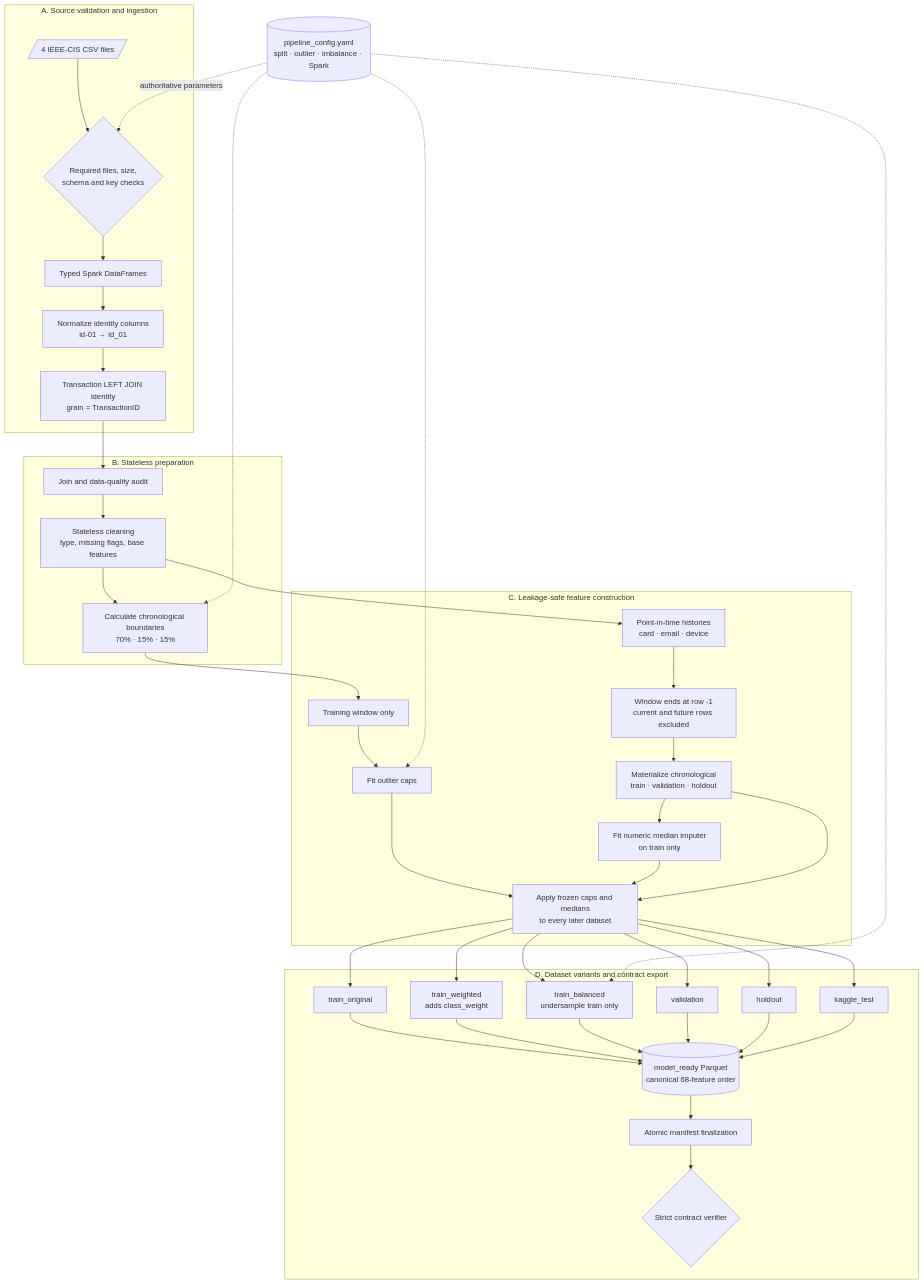
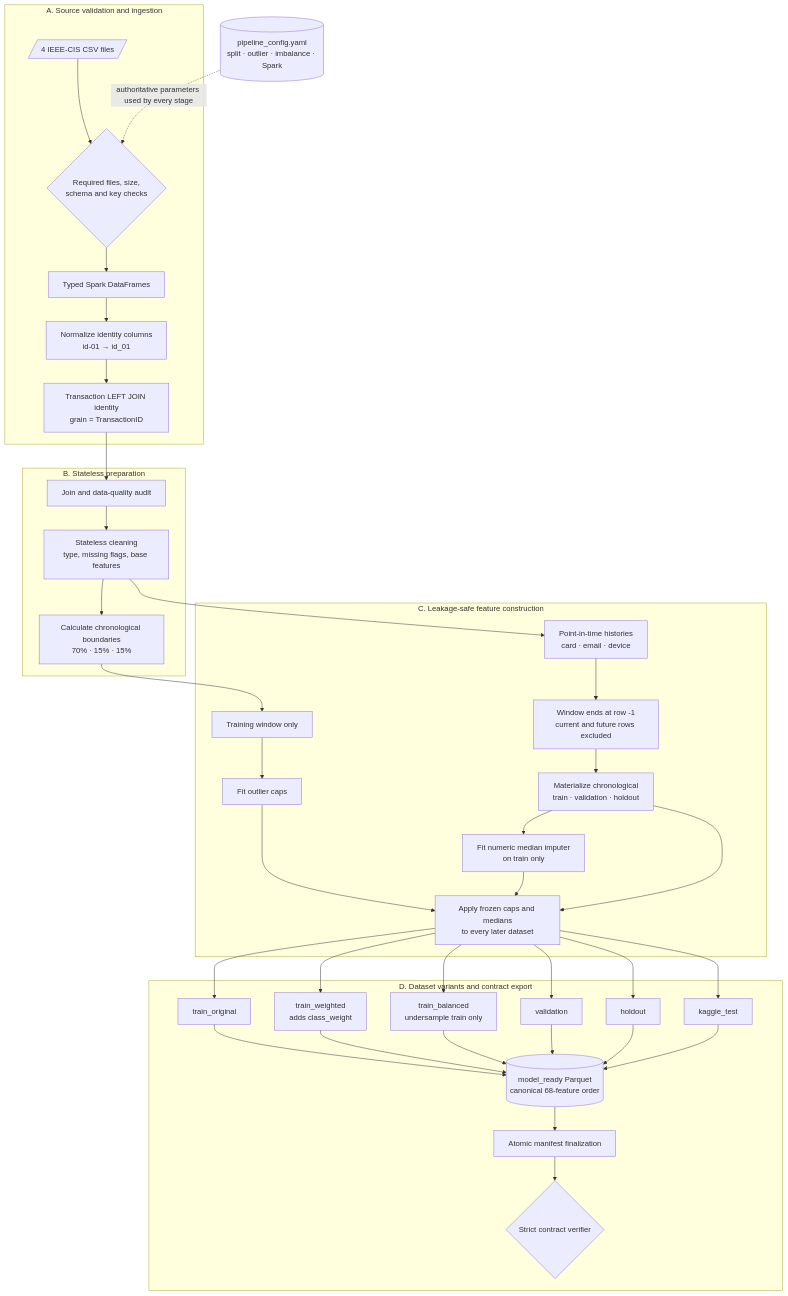
Before and after one commit to RocketUp-Team/Fraud-Detection-Score-Risk: the second of 8 diagrams in docs/ARCHITECTURE_DIAGRAMS.md, drawn with Mermaid. The commit also changed 2 other files, not shown here.

Commit message:
Implement refactoring of core modules for improved performance and maintainability

````diff
--- a/docs/ARCHITECTURE_DIAGRAMS.md
+++ b/docs/ARCHITECTURE_DIAGRAMS.md
@@ -78,66 +78,63 @@
 ```mermaid
 flowchart TB
     CONFIG[("pipeline_config.yaml<br/>split · outlier · imbalance · Spark")]
 
     subgraph INGEST["A. Source validation and ingestion"]
         FILES[/"4 IEEE-CIS CSV files"/]
         SOURCE_GATE{"Required files, size,<br/>schema and key checks"}
         TYPED["Typed Spark DataFrames"]
         NORMALIZE["Normalize identity columns<br/>id-01 → id_01"]
         JOIN["Transaction LEFT JOIN identity<br/>grain = TransactionID"]
 
         FILES --> SOURCE_GATE --> TYPED --> NORMALIZE --> JOIN
     end
 
     subgraph PREP["B. Stateless preparation"]
         AUDIT["Join and data-quality audit"]
         CLEAN["Stateless cleaning<br/>type, missing flags, base features"]
         BOUNDARY["Calculate chronological boundaries<br/>70% · 15% · 15%"]
 
         JOIN --> AUDIT --> CLEAN --> BOUNDARY
     end
 
     subgraph SAFE["C. Leakage-safe feature construction"]
         TRAIN_ONLY["Training window only"]
         FIT_CAPS["Fit outlier caps"]
         PIT["Point-in-time histories<br/>card · email · device"]
         PRIOR["Window ends at row -1<br/>current and future rows excluded"]
         SPLIT["Materialize chronological<br/>train · validation · holdout"]
         FIT_MEDIAN["Fit numeric median imputer<br/>on train only"]
         APPLY["Apply frozen caps and medians<br/>to every later dataset"]
 
         BOUNDARY --> TRAIN_ONLY
         TRAIN_ONLY --> FIT_CAPS
         CLEAN --> PIT --> PRIOR --> SPLIT
         SPLIT --> FIT_MEDIAN
         FIT_CAPS --> APPLY
         FIT_MEDIAN --> APPLY
         SPLIT --> APPLY
     end
 
     subgraph EXPORT["D. Dataset variants and contract export"]
         ORIGINAL["train_original"]
         WEIGHTED["train_weighted<br/>adds class_weight"]
         BALANCED["train_balanced<br/>undersample train only"]
         VALIDATION["validation"]
         HOLDOUT["holdout"]
         TEST["kaggle_test"]
         PARQUET[("model_ready Parquet<br/>canonical 68-feature order")]
         MANIFEST["Atomic manifest finalization"]
         CONTRACT{"Strict contract verifier"}
 
         APPLY --> ORIGINAL
         APPLY --> WEIGHTED
         APPLY --> BALANCED
         APPLY --> VALIDATION
         APPLY --> HOLDOUT
         APPLY --> TEST
         ORIGINAL & WEIGHTED & BALANCED & VALIDATION & HOLDOUT & TEST --> PARQUET
         PARQUET --> MANIFEST --> CONTRACT
     end
 
-    CONFIG -.->|"authoritative parameters"| SOURCE_GATE
-    CONFIG -.-> BOUNDARY
-    CONFIG -.-> FIT_CAPS
-    CONFIG -.-> BALANCED
+    CONFIG -.->|"authoritative parameters used by every stage"| SOURCE_GATE
 ```
````
